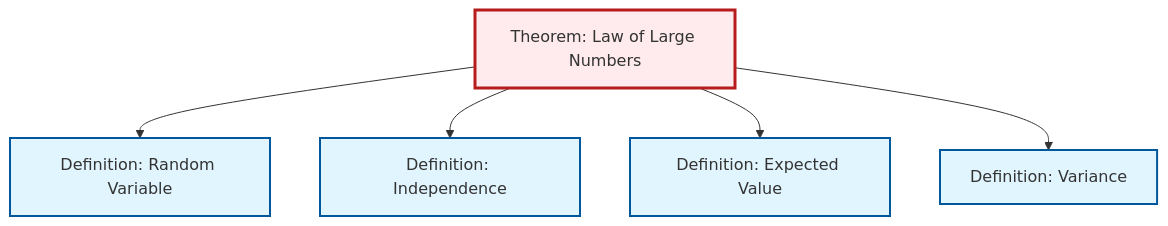
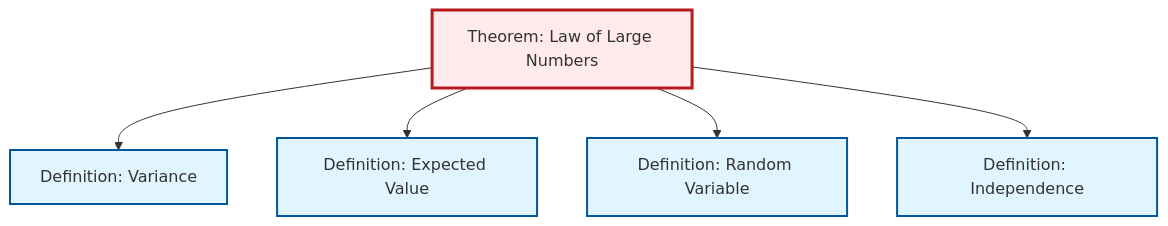
One commit to RK0429/ModernMath changed the second of 2 diagrams in content/en/probability-statistics/thm-law-of-large-numbers.qmd. Above: the diagram before and after it, drawn with Mermaid. The commit also changed other lines of this file and 597 other files, not shown here.

````diff
--- a/content/en/probability-statistics/thm-law-of-large-numbers.qmd
+++ b/content/en/probability-statistics/thm-law-of-large-numbers.qmd
@@ -88,23 +88,23 @@
 ```{mermaid}
 %%| fig-cap: "Local dependency graph"
 graph TD
     classDef definition fill:#e1f5fe,stroke:#01579b,stroke-width:2px
     classDef theorem fill:#f3e5f5,stroke:#4a148c,stroke-width:2px
     classDef axiom fill:#fff3e0,stroke:#e65100,stroke-width:2px
     classDef example fill:#e8f5e9,stroke:#1b5e20,stroke-width:2px
     classDef current fill:#ffebee,stroke:#b71c1c,stroke-width:3px
-    def-independence["Definition: Independence"]:::definition
+    thm-law-of-large-numbers["Theorem: Law of Large Numbers"]:::theorem
     def-variance["Definition: Variance"]:::definition
     def-expectation["Definition: Expected Value"]:::definition
-    thm-law-of-large-numbers["Theorem: Law of Large Numbers"]:::theorem
     def-random-variable["Definition: Random Variable"]:::definition
+    def-independence["Definition: Independence"]:::definition
+    thm-law-of-large-numbers --> def-variance
+    thm-law-of-large-numbers --> def-expectation
     thm-law-of-large-numbers --> def-random-variable
     thm-law-of-large-numbers --> def-independence
-    thm-law-of-large-numbers --> def-expectation
-    thm-law-of-large-numbers --> def-variance
     class thm-law-of-large-numbers current
-    click def-independence "def-independence.html" "Go to Independence definition"
     click def-variance "def-variance.html" "Go to Variance definition"
     click def-expectation "def-expectation.html" "Go to Expected Value definition"
     click def-random-variable "def-random-variable.html" "Go to Random Variable definition"
+    click def-independence "def-independence.html" "Go to Independence definition"
 ```
````
